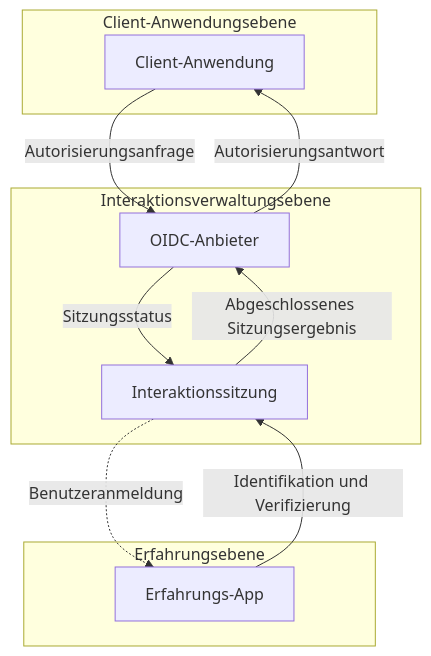
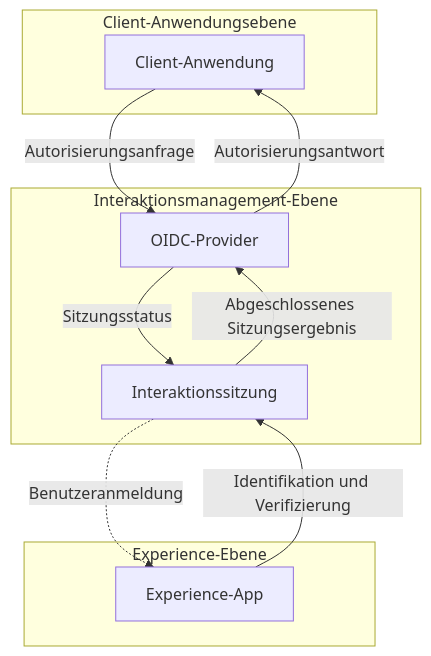
Before and after one commit to logto-io/docs: the second of 2 diagrams in i18n/de/docusaurus-plugin-content-docs/current/end-user-flows/sign-up-and-sign-in/README.mdx, drawn with Mermaid. The commit also changed other lines of this file and 53 other files, not shown here.

````diff
--- a/i18n/de/docusaurus-plugin-content-docs/current/end-user-flows/sign-up-and-sign-in/README.mdx
+++ b/i18n/de/docusaurus-plugin-content-docs/current/end-user-flows/sign-up-and-sign-in/README.mdx
@@ -47,24 +47,24 @@
 ```mermaid
 flowchart TD
   %% Ebenen
   subgraph Layer1 [Client-Anwendungsebene]
       A[Client-Anwendung]
   end
 
-  subgraph Layer2 [Interaktionsverwaltungsebene]
-      B[OIDC-Anbieter]
+  subgraph Layer2 [Interaktionsmanagement-Ebene]
+      B[OIDC-Provider]
       C[Interaktionssitzung]
   end
 
-  subgraph Layer3 [Erfahrungsebene]
-      D[Erfahrungs-App]
+  subgraph Layer3 [Experience-Ebene]
+      D[Experience-App]
   end
 
   %% Verbindungen
   A --> |Autorisierungsanfrage| B
   B --> |Sitzungsstatus| C
   C -.-> |Benutzeranmeldung| D
   D --> |Identifikation und Verifizierung| C
   C --> |Abgeschlossenes Sitzungsergebnis| B
   B --> |Autorisierungsantwort| A
 ```
````
